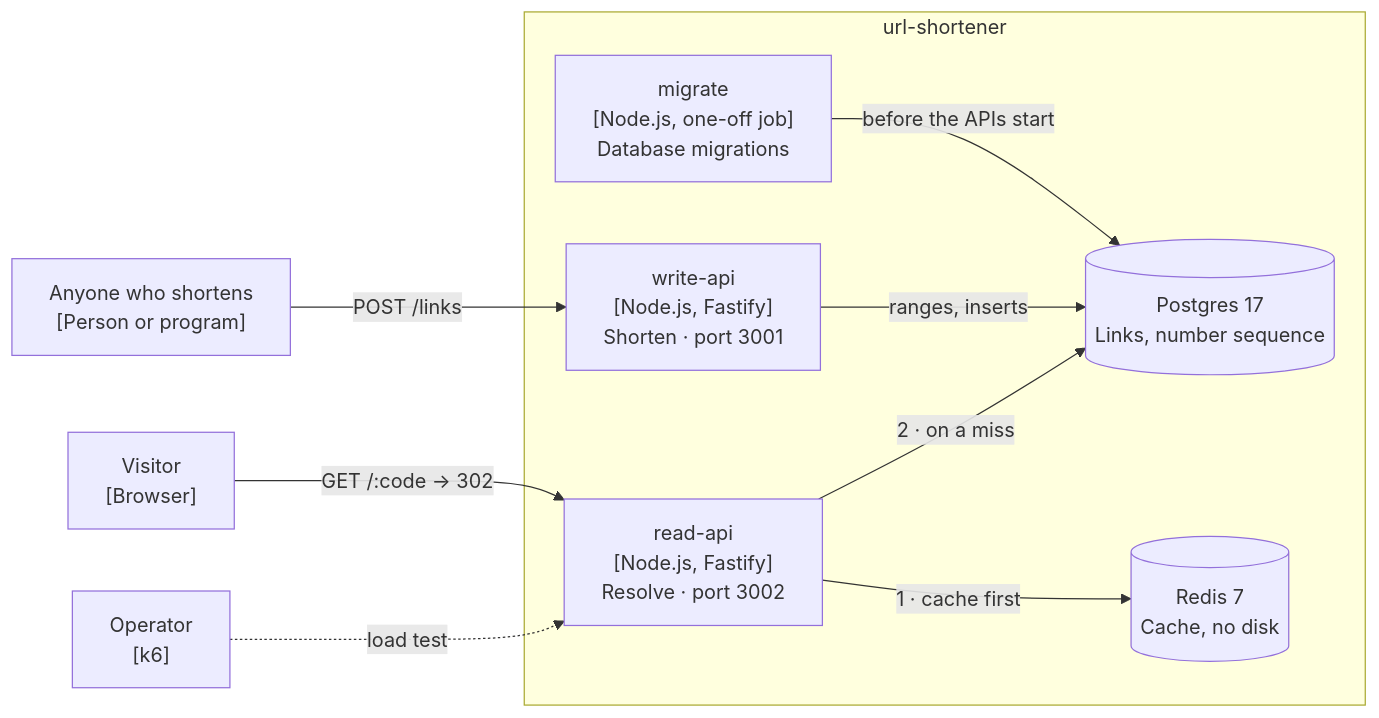
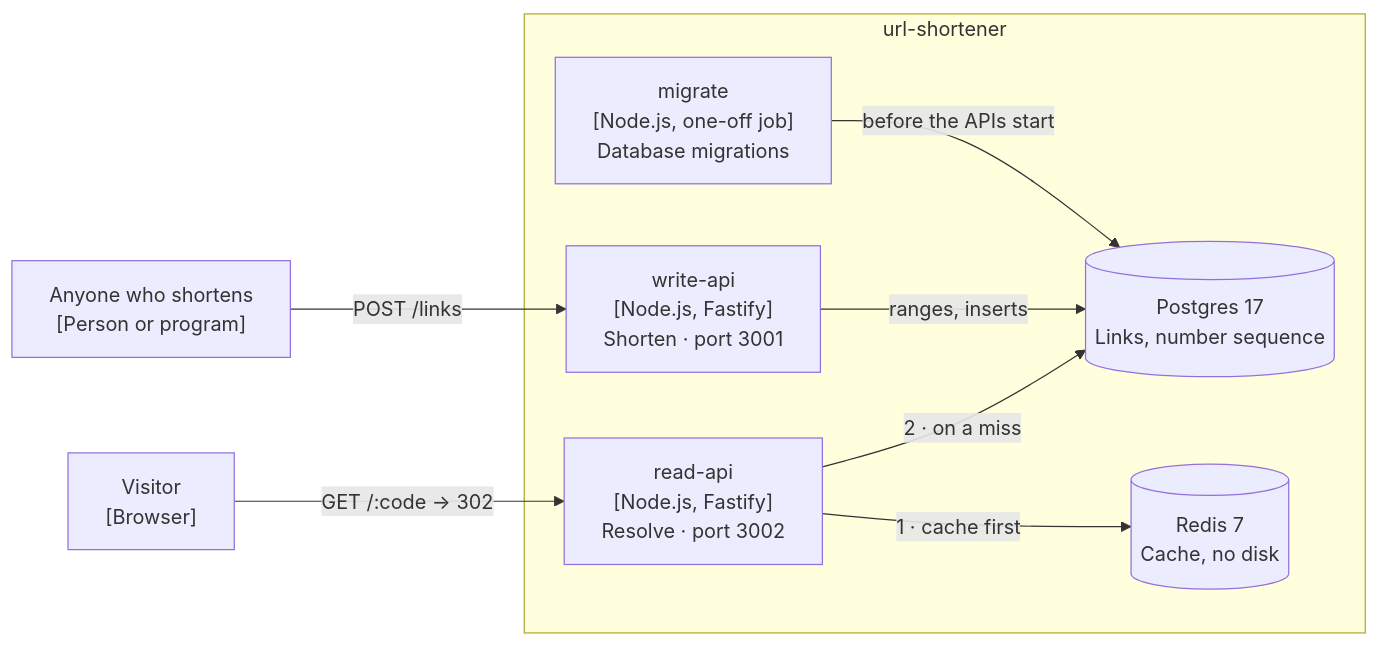
Before and after one commit to poschuler/url-shortener: the diagram in README.md, drawn with Mermaid. The commit also changed 1 other file, not shown here.

Commit message:
docs: drop the k6 operator from the C4 diagrams

````diff
--- a/README.md
+++ b/README.md
@@ -18,22 +18,20 @@
 ```mermaid
 flowchart LR
   creator["Anyone who shortens<br/>[Person or program]"]
   visitor["Visitor<br/>[Browser]"]
-  ops["Operator<br/>[k6]"]
 
   subgraph system["url-shortener"]
     write["write-api<br/>[Node.js, Fastify]<br/>Shorten · port 3001"]
     read["read-api<br/>[Node.js, Fastify]<br/>Resolve · port 3002"]
     migrate["migrate<br/>[Node.js, one-off job]<br/>Database migrations"]
     pg[("Postgres 17<br/>Links, number sequence")]
     redis[("Redis 7<br/>Cache, no disk")]
   end
 
   creator -- "POST /links" --> write
   visitor -- "GET /:code → 302" --> read
-  ops -. "load test" .-> read
   migrate -- "before the APIs start" --> pg
   write -- "ranges, inserts" --> pg
   read -- "1 · cache first" --> redis
   read -- "2 · on a miss" --> pg
 ```
````
